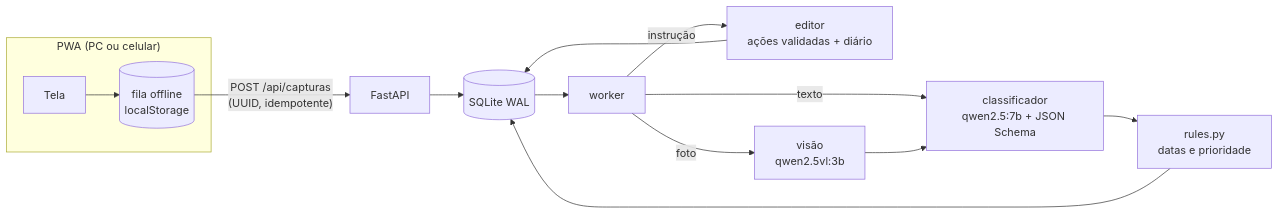
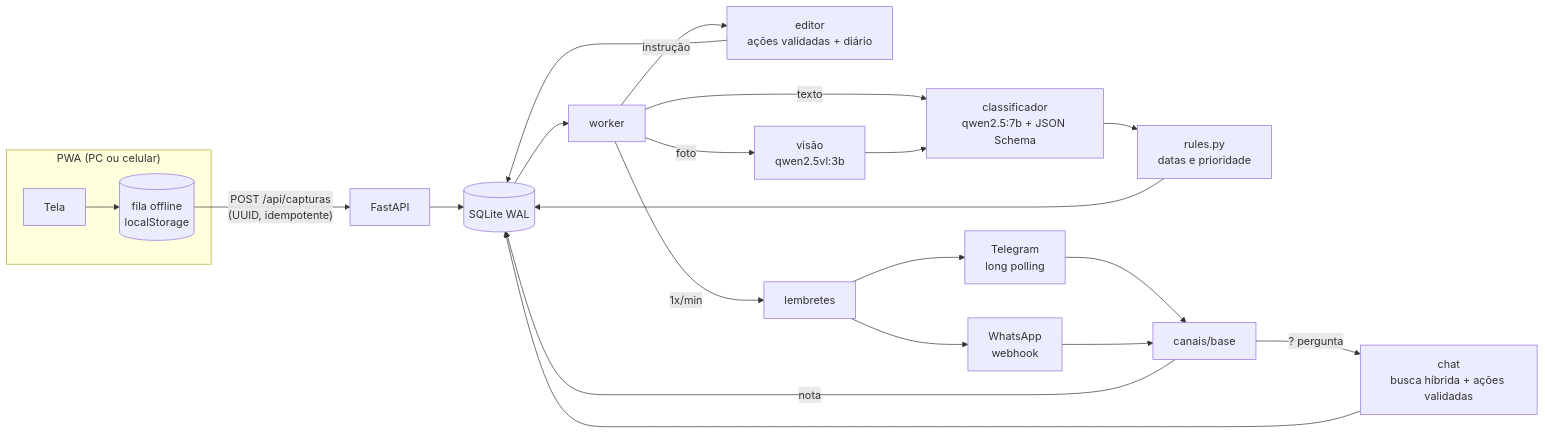
The diagram in README.md (iambot1193/dumpbox), drawn with Mermaid before and after one commit. The commit also changed other lines of this file and 1 other file, not shown here.

Commit message:
docs: README com demo, bots, RAG e avaliacao da busca; CLAUDE.md com os comandos novos

````diff
--- a/README.md
+++ b/README.md
@@ -19,16 +21,22 @@
 ```mermaid
 flowchart LR
   subgraph Navegador["PWA (PC ou celular)"]
     UI[Tela] --> Fila[(fila offline<br/>localStorage)]
   end
   Fila -- "POST /api/capturas<br/>(UUID, idempotente)" --> API[FastAPI]
   API --> DB[(SQLite WAL)]
   DB --> W[worker]
   W -- "texto" --> CL[classificador<br/>qwen2.5:7b + JSON Schema]
   W -- "instrução" --> ED[editor<br/>ações validadas + diário]
   W -- "foto" --> VI[visão<br/>qwen2.5vl:3b]
   VI --> CL
   CL --> R[rules.py<br/>datas e prioridade]
   R --> DB
   ED --> DB
+  TG[Telegram<br/>long polling] --> B[canais/base]
+  ZAP[WhatsApp<br/>webhook] --> B
+  B -- "nota" --> DB
+  B -- "? pergunta" --> CH[chat<br/>busca híbrida + ações validadas]
+  CH --> DB
+  W -- "1x/min" --> LB[lembretes] --> TG & ZAP
 ```
````
